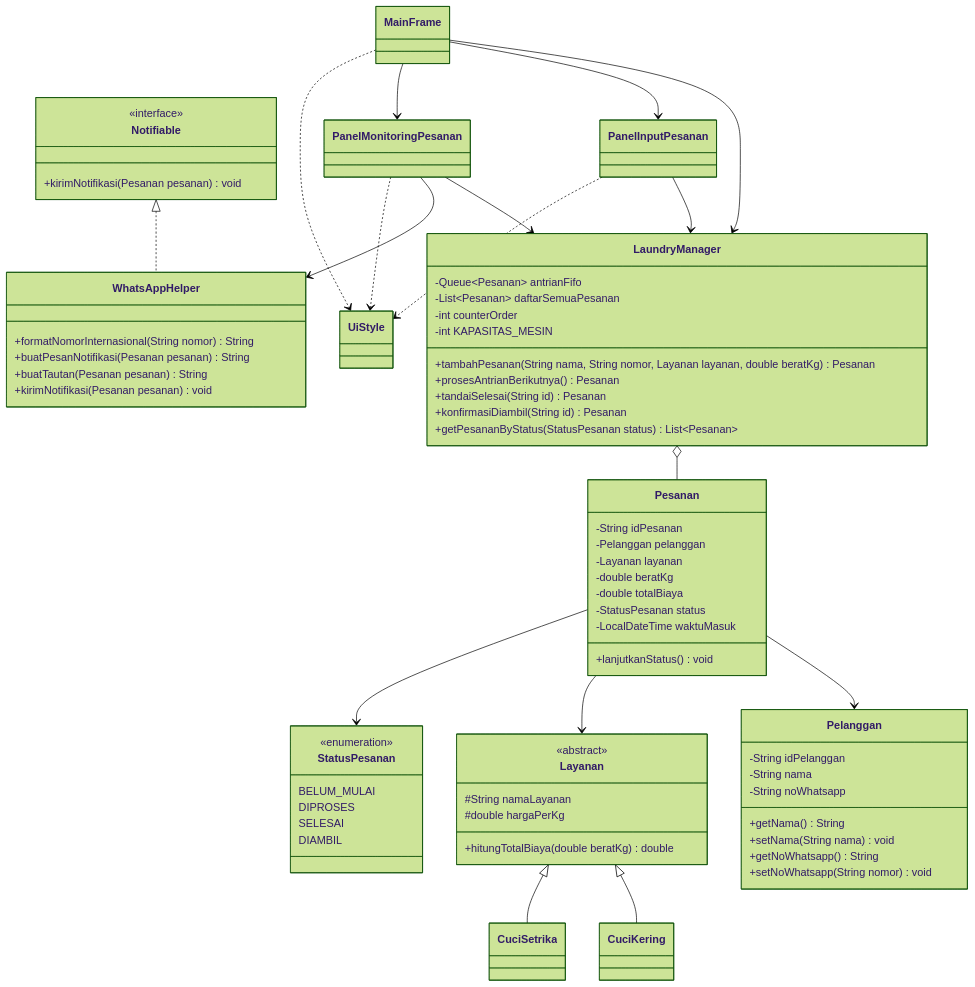
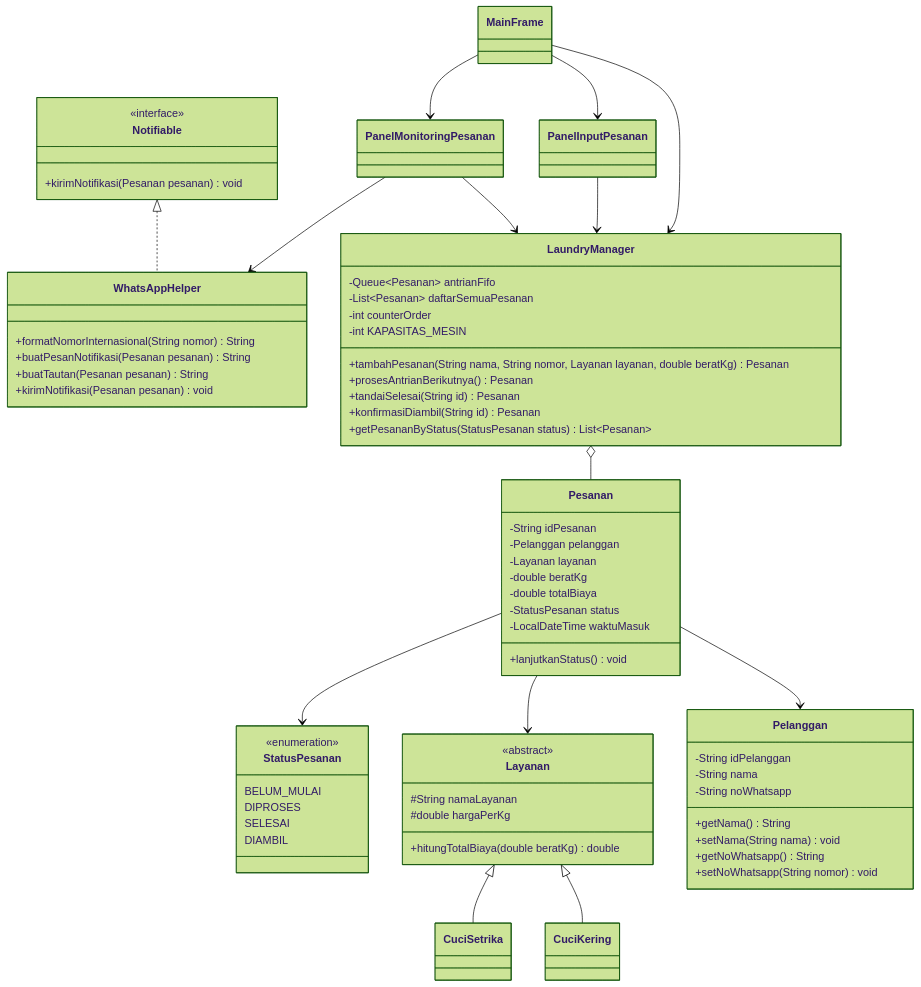
Before and after one commit to Zelphyrken/SIL: the second of 5 diagrams in docs/LAPORAN.md, drawn with Mermaid (forest theme). The commit also changed other lines of this file and 5 other files, not shown here.

````diff
--- a/docs/LAPORAN.md
+++ b/docs/LAPORAN.md
@@ -36,78 +36,74 @@
 ```mermaid
 classDiagram
     class Layanan {
       <<abstract>>
       #String namaLayanan
       #double hargaPerKg
       +hitungTotalBiaya(double beratKg) double
     }
     class CuciKering
     class CuciSetrika
     class Pelanggan {
       -String idPelanggan
       -String nama
       -String noWhatsapp
       +getNama() String
       +setNama(String nama) void
       +getNoWhatsapp() String
       +setNoWhatsapp(String nomor) void
     }
     class Pesanan {
       -String idPesanan
       -Pelanggan pelanggan
       -Layanan layanan
       -double beratKg
       -double totalBiaya
       -StatusPesanan status
       -LocalDateTime waktuMasuk
       +lanjutkanStatus() void
     }
     class StatusPesanan {
       <<enumeration>>
       BELUM_MULAI
       DIPROSES
       SELESAI
       DIAMBIL
     }
     class LaundryManager {
       -Queue~Pesanan~ antrianFifo
       -List~Pesanan~ daftarSemuaPesanan
       -int counterOrder
       -int KAPASITAS_MESIN
       +tambahPesanan(String nama, String nomor, Layanan layanan, double beratKg) Pesanan
       +prosesAntrianBerikutnya() Pesanan
       +tandaiSelesai(String id) Pesanan
       +konfirmasiDiambil(String id) Pesanan
       +getPesananByStatus(StatusPesanan status) List~Pesanan~
     }
     class Notifiable {
       <<interface>>
       +kirimNotifikasi(Pesanan pesanan) void
     }
     class WhatsAppHelper {
       +formatNomorInternasional(String nomor) String
       +buatPesanNotifikasi(Pesanan pesanan) String
       +buatTautan(Pesanan pesanan) String
       +kirimNotifikasi(Pesanan pesanan) void
     }
     class MainFrame
     class PanelInputPesanan
     class PanelMonitoringPesanan
-    class UiStyle
     Layanan <|-- CuciKering
     Layanan <|-- CuciSetrika
     Pesanan --> Pelanggan
     Pesanan --> Layanan
     Pesanan --> StatusPesanan
     LaundryManager o-- Pesanan
     Notifiable <|.. WhatsAppHelper
     MainFrame --> LaundryManager
     MainFrame --> PanelInputPesanan
     MainFrame --> PanelMonitoringPesanan
     PanelInputPesanan --> LaundryManager
     PanelMonitoringPesanan --> LaundryManager
     PanelMonitoringPesanan --> WhatsAppHelper
-    MainFrame ..> UiStyle
-    PanelInputPesanan ..> UiStyle
-    PanelMonitoringPesanan ..> UiStyle
 ```
````
